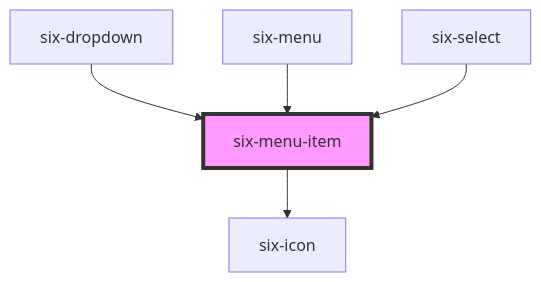
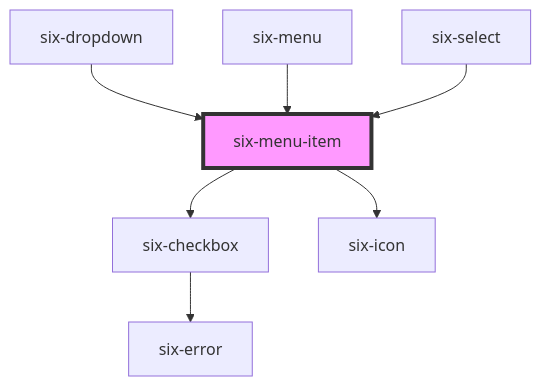
The diagram in docs/components/six-menu-item.md (six-group/six-webcomponents), drawn with Mermaid before and after one commit. The commit also changed other lines of this file and 129 other files, not shown here.

````diff
--- a/docs/components/six-menu-item.md
+++ b/docs/components/six-menu-item.md
@@ -115,8 +122,10 @@
 ```mermaid
 graph TD;
+  six-menu-item --> six-checkbox
   six-menu-item --> six-icon
+  six-checkbox --> six-error
   six-dropdown --> six-menu-item
   six-menu --> six-menu-item
   six-select --> six-menu-item
   style six-menu-item fill:#f9f,stroke:#333,stroke-width:4px
 ```
````
